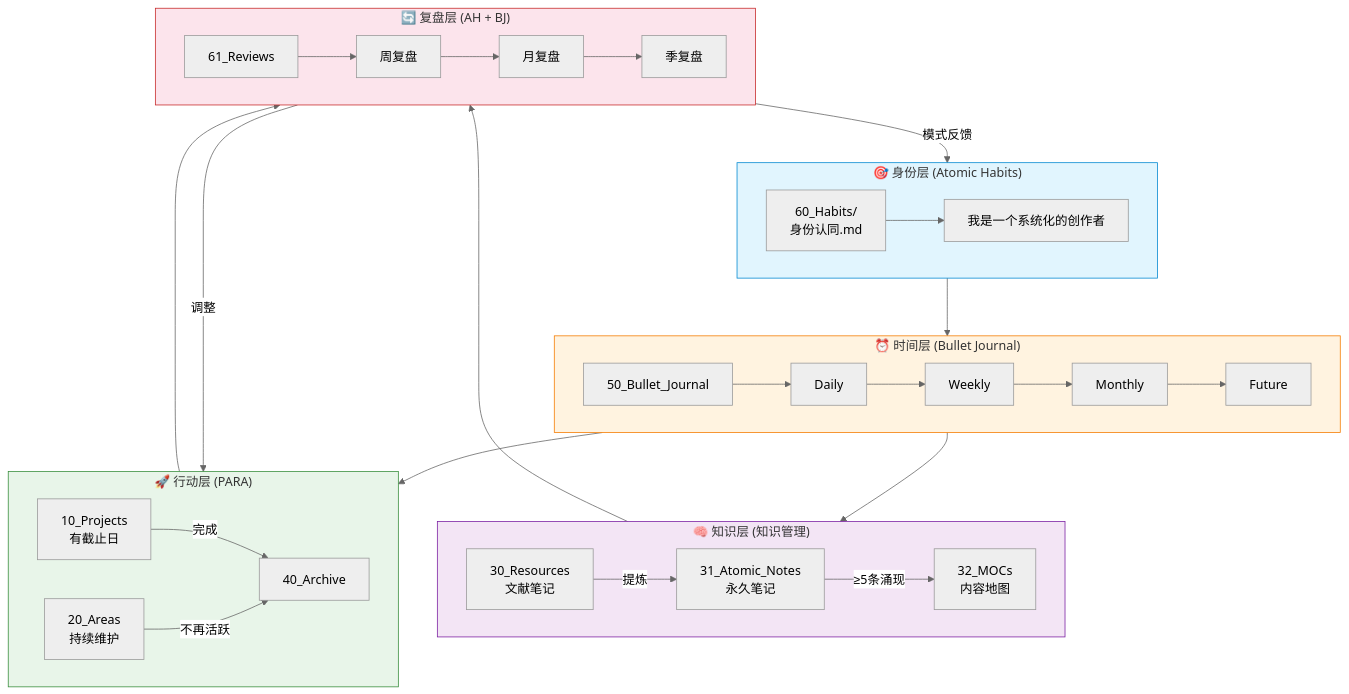
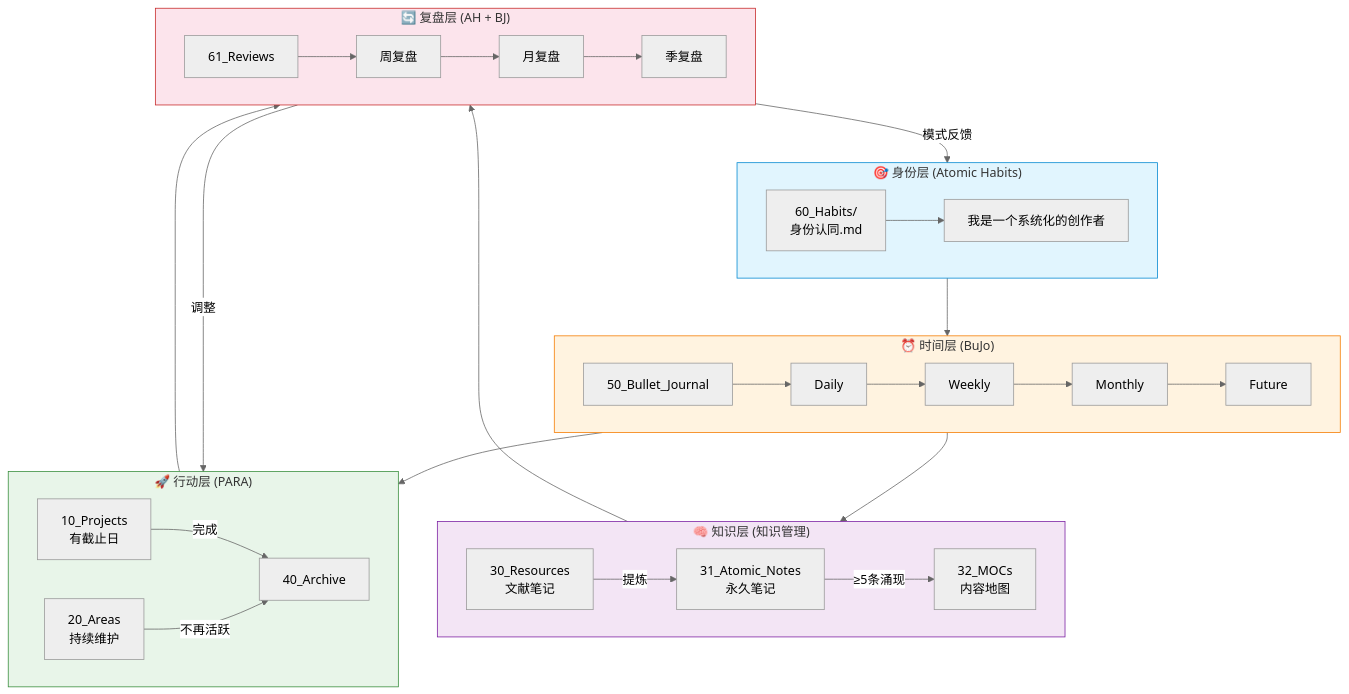
Before and after one commit to dingmeng-svg/ObsidianGit: the first of 7 diagrams in 40_Archive/系统文档/融合架构Mermaid图（2026-02-03版）.md, drawn with Mermaid (neutral theme). The commit also changed 564 other files, not shown here.

````diff
--- a/40_Archive/系统文档/融合架构Mermaid图（2026-02-03版）.md
+++ b/40_Archive/系统文档/融合架构Mermaid图（2026-02-03版）.md
@@ -24,49 +24,49 @@
 ```mermaid
 graph TB
     subgraph Identity["🎯 身份层 (Atomic Habits)"]
         I1["60_Habits/<br/>身份认同.md"]
         I2["我是一个系统化的创作者"]
         I1 --> I2
     end
-    subgraph Time["⏰ 时间层 (Bullet Journal)"]
+    subgraph Time["⏰ 时间层 (BuJo)"]
         T1["50_Bullet_Journal"]
         T2["Daily"]
         T3["Weekly"]
         T4["Monthly"]
         T5["Future"]
         T1 --> T2 --> T3 --> T4 --> T5
     end
     subgraph Action["🚀 行动层 (PARA)"]
         A1["10_Projects<br/>有截止日"]
         A2["20_Areas<br/>持续维护"]
         A1 -->|"完成"| AR["40_Archive"]
         A2 -->|"不再活跃"| AR
     end
     subgraph Knowledge["🧠 知识层 (知识管理)"]
         K1["30_Resources<br/>文献笔记"]
         K2["31_Atomic_Notes<br/>永久笔记"]
         K3["32_MOCs<br/>内容地图"]
         K1 -->|"提炼"| K2
         K2 -->|"≥5条涌现"| K3
     end
     subgraph Review["🔄 复盘层 (AH + BJ)"]
         R1["61_Reviews"]
         R2["周复盘"]
         R3["月复盘"]
         R4["季复盘"]
         R1 --> R2 --> R3 --> R4
     end
     Identity --> Time
     Time --> Action
     Time --> Knowledge
     Action --> Review
     Knowledge --> Review
     Review -->|"模式反馈"| Identity
     Review -->|"调整"| Action
     style Identity fill:#e1f5fe,stroke:#0288d1
     style Time fill:#fff3e0,stroke:#f57c00
     style Action fill:#e8f5e9,stroke:#388e3c
     style Knowledge fill:#f3e5f5,stroke:#7b1fa2
     style Review fill:#fce4ec,stroke:#c62828
 	
 ```
````
